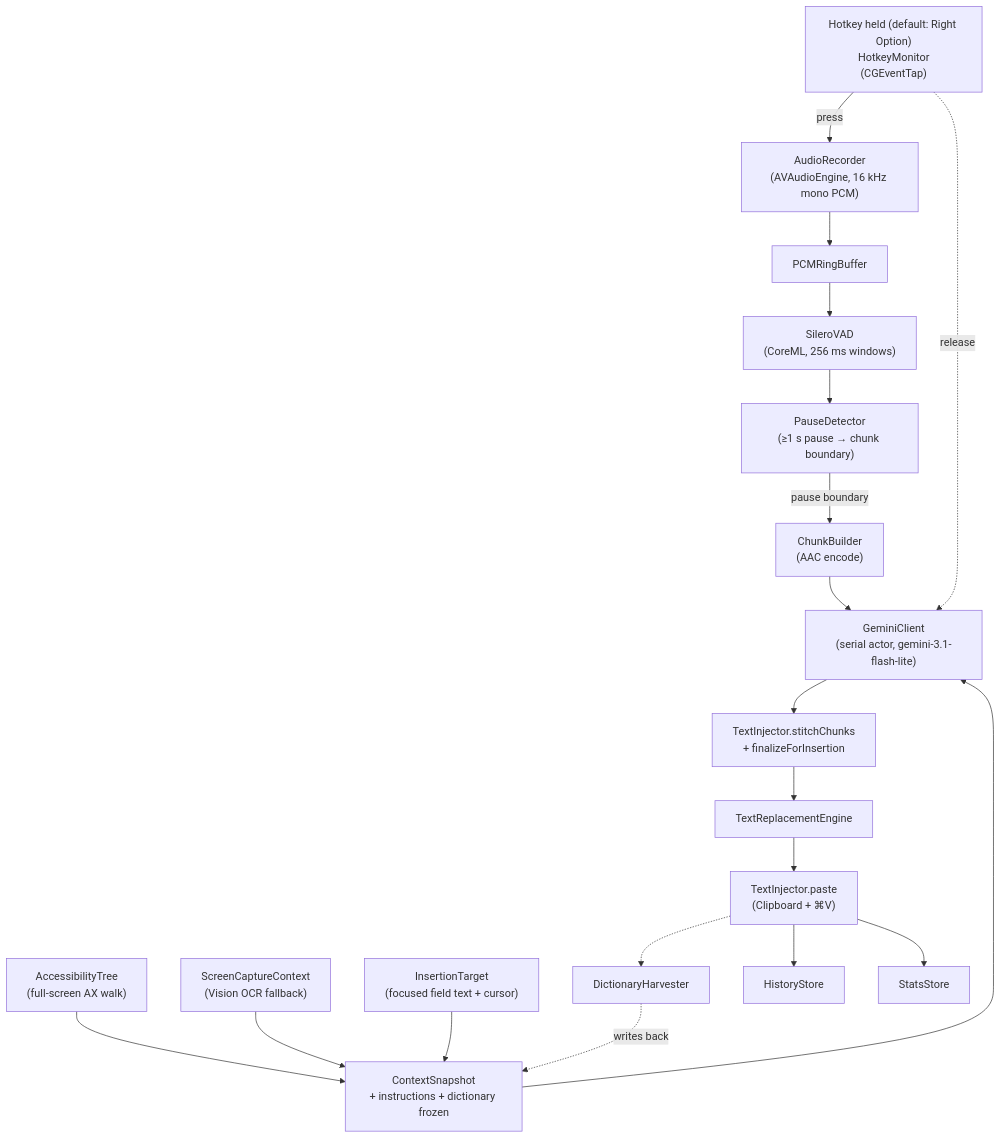
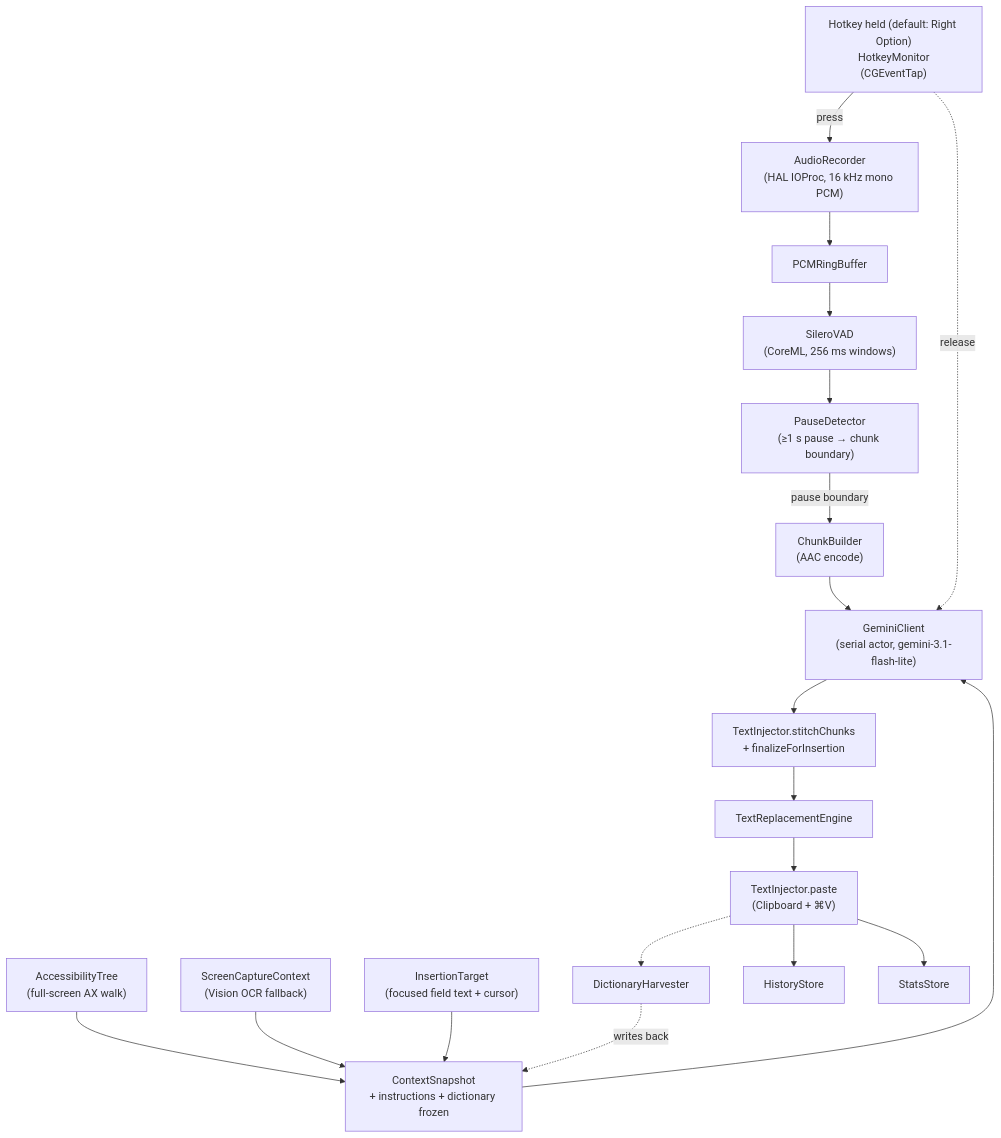
One commit to weylandd/NoType changed the diagram in docs/architecture/overview.md. Above: the diagram before and after it, drawn with Mermaid. The commit also changed other lines of this file and 19 other files, not shown here.

````diff
--- a/docs/architecture/overview.md
+++ b/docs/architecture/overview.md
@@ -9,39 +9,39 @@
 ```mermaid
 flowchart TD
   HK["Hotkey held (default: Right Option)<br/>HotkeyMonitor<br/>(CGEventTap)"]
-  REC["AudioRecorder<br/>(AVAudioEngine, 16 kHz mono PCM)"]
+  REC["AudioRecorder<br/>(HAL IOProc, 16 kHz mono PCM)"]
   RING[PCMRingBuffer]
   VAD["SileroVAD<br/>(CoreML, 256 ms windows)"]
   PD["PauseDetector<br/>(≥1 s pause → chunk boundary)"]
   CB["ChunkBuilder<br/>(AAC encode)"]
   AX["AccessibilityTree<br/>(full-screen AX walk)"]
   OCR["ScreenCaptureContext<br/>(Vision OCR fallback)"]
   IT["InsertionTarget<br/>(focused field text + cursor)"]
   CTX["ContextSnapshot<br/>+ instructions + dictionary frozen"]
   GEM["GeminiClient<br/>(serial actor, gemini-3.1-flash-lite)"]
   STITCH["TextInjector.stitchChunks<br/>+ finalizeForInsertion"]
   REPL[TextReplacementEngine]
   INJ["TextInjector.paste<br/>(Clipboard + ⌘V)"]
   HARV[DictionaryHarvester]
   HIS[HistoryStore]
   STAT[StatsStore]
 
   HK -->|press| REC
   REC --> RING
   RING --> VAD
   VAD --> PD
   PD -->|pause boundary| CB
   CB --> GEM
   AX --> CTX
   OCR --> CTX
   IT --> CTX
   CTX --> GEM
   HK -.->|release| GEM
   GEM --> STITCH
   STITCH --> REPL
   REPL --> INJ
   INJ --> HIS
   INJ --> STAT
   INJ -.-> HARV
   HARV -.->|writes back| CTX
 ```
````
